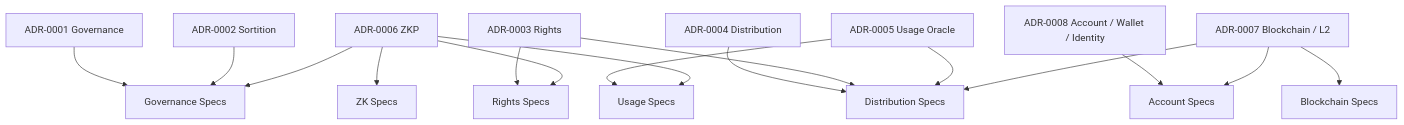
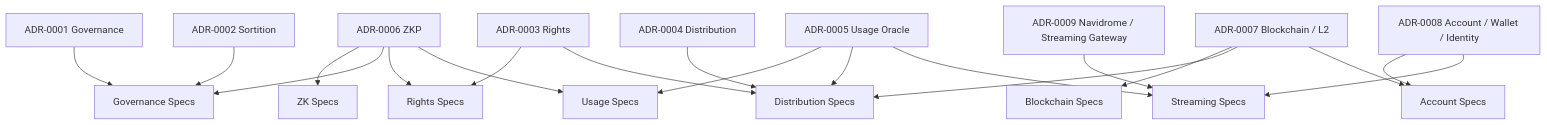
One commit to ShigeichiroYamasaki/creator-first-platform changed the fifth of 5 diagrams in docs/protocol/index.md. Above: the diagram before and after it, drawn with Mermaid. The commit also changed other lines of this file and 20 other files, not shown here.

Commit message:
Align streaming gateway protocol

````diff
--- a/docs/protocol/index.md
+++ b/docs/protocol/index.md
@@ -461,28 +489,32 @@
 ```mermaid
 flowchart TD
     ADR1[ADR-0001 Governance]
     ADR2[ADR-0002 Sortition]
     ADR3[ADR-0003 Rights]
     ADR4[ADR-0004 Distribution]
     ADR5[ADR-0005 Usage Oracle]
     ADR6[ADR-0006 ZKP]
     ADR7[ADR-0007 Blockchain / L2]
     ADR8[ADR-0008 Account / Wallet / Identity]
+    ADR9[ADR-0009 Navidrome / Streaming Gateway]
 
     ADR1 --> GOV[Governance Specs]
     ADR2 --> GOV
     ADR3 --> RIGHTS[Rights Specs]
     ADR4 --> DIST[Distribution Specs]
     ADR5 --> USAGE[Usage Specs]
     ADR6 --> ZK[ZK Specs]
     ADR7 --> CHAIN[Blockchain Specs]
     ADR8 --> ACCOUNT[Account Specs]
+    ADR9 --> STREAM[Streaming Specs]
 
     ADR3 --> DIST
     ADR5 --> DIST
     ADR6 --> GOV
     ADR6 --> RIGHTS
     ADR6 --> USAGE
     ADR7 --> DIST
     ADR7 --> ACCOUNT
+    ADR8 --> STREAM
+    ADR5 --> STREAM
 ```
````
